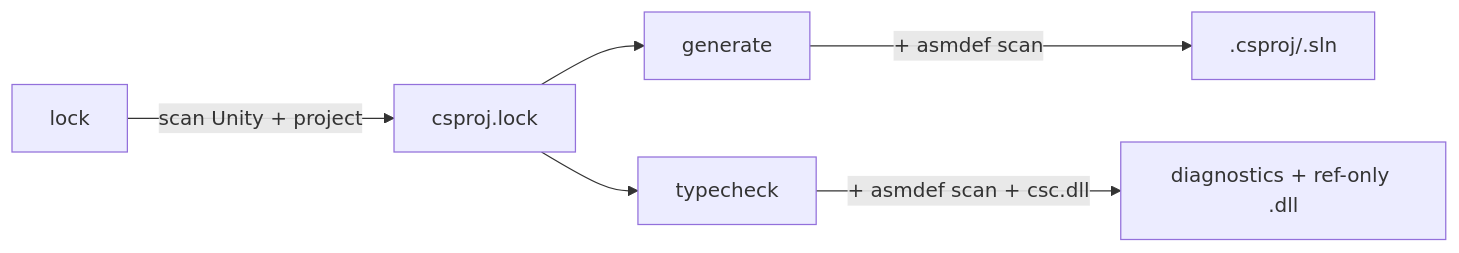
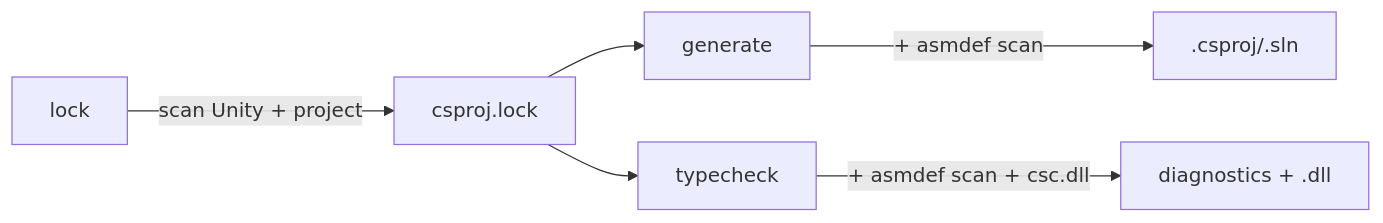
The diagram in docs/architecture.md (studio-boxcat/unity-solution-generator), drawn with Mermaid before and after one commit. The commit also changed other lines of this file and 3 other files, not shown here.

First line of the commit message:
docs: sync architecture/benchmark/CLAUDE for /refonly drop + cache layout

````diff
--- a/docs/architecture.md
+++ b/docs/architecture.md
@@ -53,8 +54,8 @@
 ```mermaid
 graph LR
     A[lock] -->|scan Unity + project| B[csproj.lock]
     B --> C[generate]
     B --> T[typecheck]
     C -->|+ asmdef scan| D[.csproj/.sln]
-    T -->|+ asmdef scan + csc.dll| E[diagnostics + ref-only .dll]
+    T -->|+ asmdef scan + csc.dll| E[diagnostics + .dll]
 ```
````
